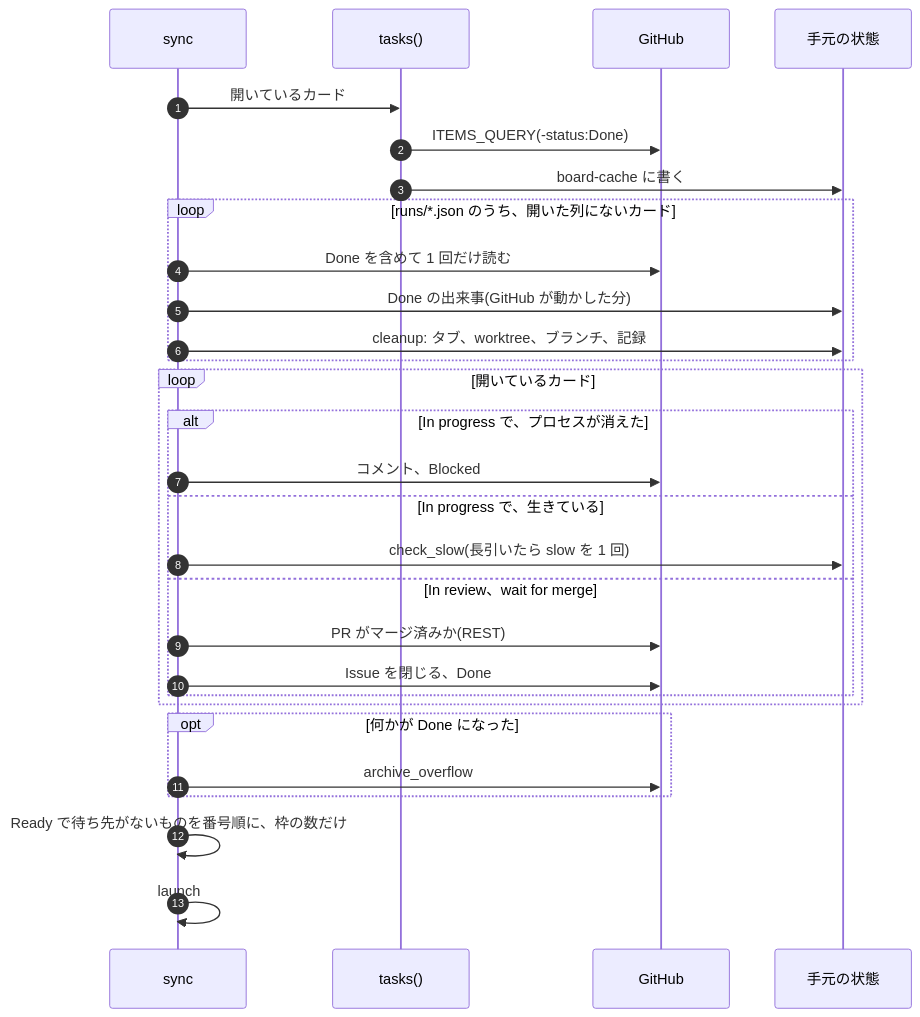
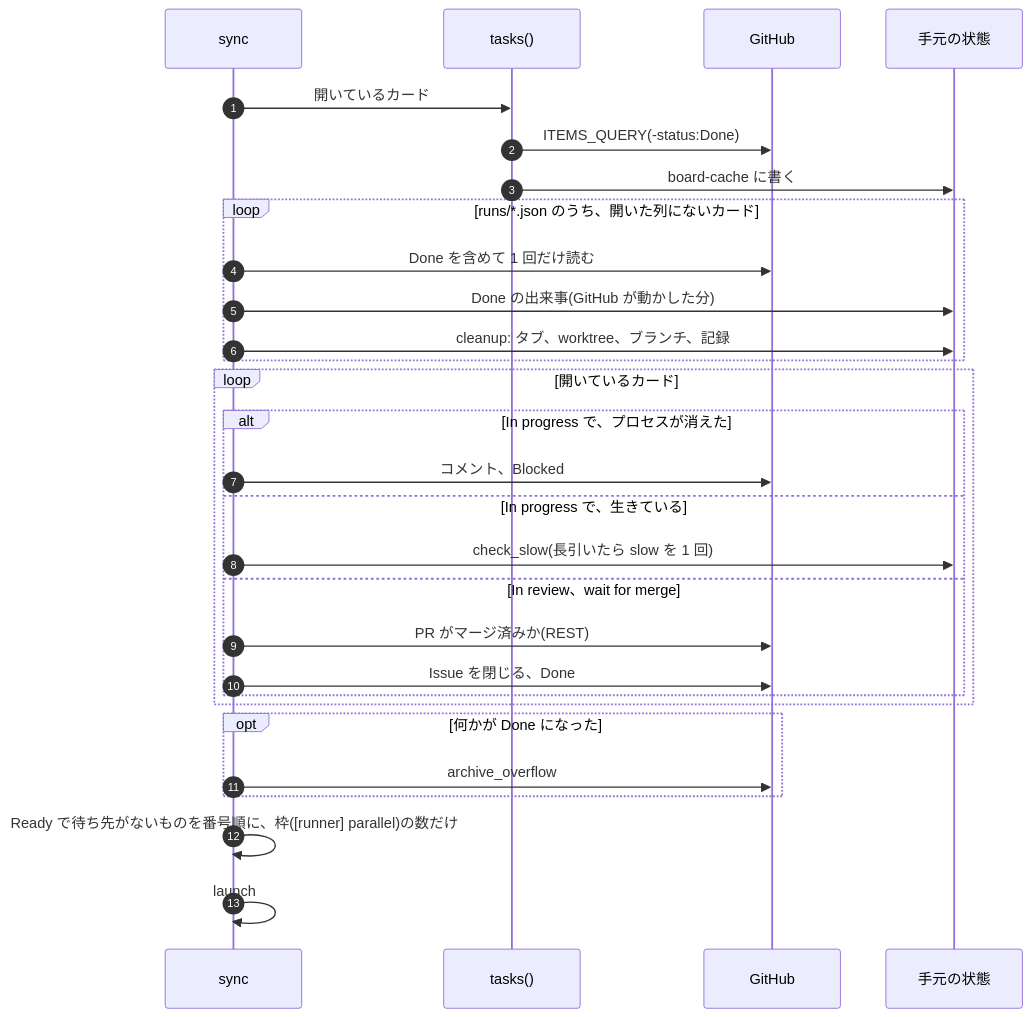
One commit to jyoka/task-hub changed the fourth of 7 diagrams in docs/architecture/lld.md. Above: the diagram before and after it, drawn with Mermaid. The commit also changed other lines of this file and 6 other files, not shown here.

Commit message:
task 159: 同時に動かすタスクの数を [runner] parallel で設定できるようにする

````diff
--- a/docs/architecture/lld.md
+++ b/docs/architecture/lld.md
@@ -142,31 +142,31 @@
 ```mermaid
 sequenceDiagram
     autonumber
     participant S as sync
     participant B as tasks()
     participant GH as GitHub
     participant L as 手元の状態
     S->>B: 開いているカード
     B->>GH: ITEMS_QUERY(-status:Done)
     B->>L: board-cache に書く
     loop runs/*.json のうち、開いた列にないカード
         S->>GH: Done を含めて 1 回だけ読む
         S->>L: Done の出来事(GitHub が動かした分)
         S->>L: cleanup: タブ、worktree、ブランチ、記録
     end
     loop 開いているカード
         alt In progress で、プロセスが消えた
             S->>GH: コメント、Blocked
         else In progress で、生きている
             S->>L: check_slow(長引いたら slow を 1 回)
         else In review、wait for merge
             S->>GH: PR がマージ済みか(REST)
             S->>GH: Issue を閉じる、Done
         end
     end
     opt 何かが Done になった
         S->>GH: archive_overflow
     end
-    S->>S: Ready で待ち先がないものを番号順に、枠の数だけ
+    S->>S: Ready で待ち先がないものを番号順に、枠([runner] parallel)の数だけ
     S->>S: launch
 ```
````
